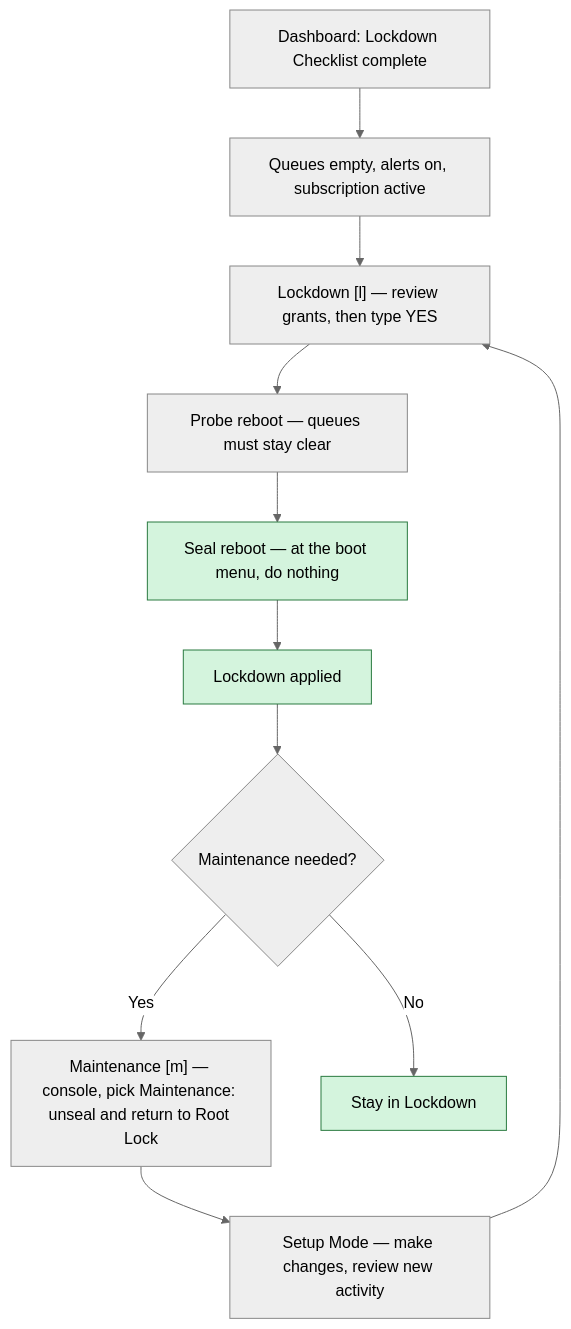
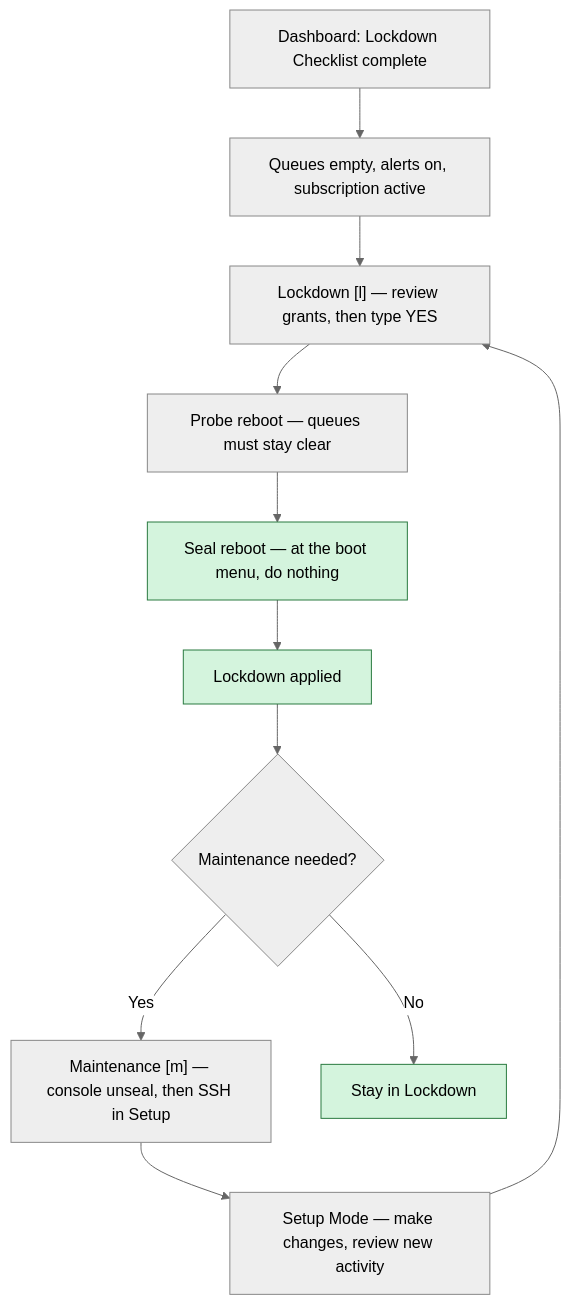
One commit to HeartSecuritySuite/heartsuite-docs changed the diagram in content/en/rootlock/lockdown/index.md. Above: the diagram before and after it, drawn with Mermaid (neutral theme). The commit also changed other lines of this file and 12 other files, not shown here.

````diff
--- a/content/en/rootlock/lockdown/index.md
+++ b/content/en/rootlock/lockdown/index.md
@@ -77,24 +77,24 @@
 ```mermaid
 graph TD
     A["Dashboard: Lockdown Checklist complete"] --> B["Queues empty, alerts on, subscription active"]
     B --> C["Lockdown [l] — review grants, then type YES"]
     C --> D["Probe reboot — queues must stay clear"]
     D --> E["Seal reboot — at the boot menu, do nothing"]
     E --> F["Lockdown applied"]
     F --> G{Maintenance needed?}
-    G -->|"Yes"| H["Maintenance [m] — console, pick Maintenance: unseal and return to Root Lock"]
+    G -->|"Yes"| H["Maintenance [m] — console unseal, then SSH in Setup"]
     H --> I["Setup Mode — make changes, review new activity"]
     I --> C
     G -->|"No"| J["Stay in Lockdown"]
 
     style A fill:#eee,stroke:#888
     style B fill:#eee,stroke:#888
     style C fill:#eee,stroke:#888
     style D fill:#eee,stroke:#888
     style G fill:#eee,stroke:#888
     style H fill:#eee,stroke:#888
     style I fill:#eee,stroke:#888
     style E fill:#d4f4dd,stroke:#2a7a40
     style F fill:#d4f4dd,stroke:#2a7a40
     style J fill:#d4f4dd,stroke:#2a7a40
 ```
````
